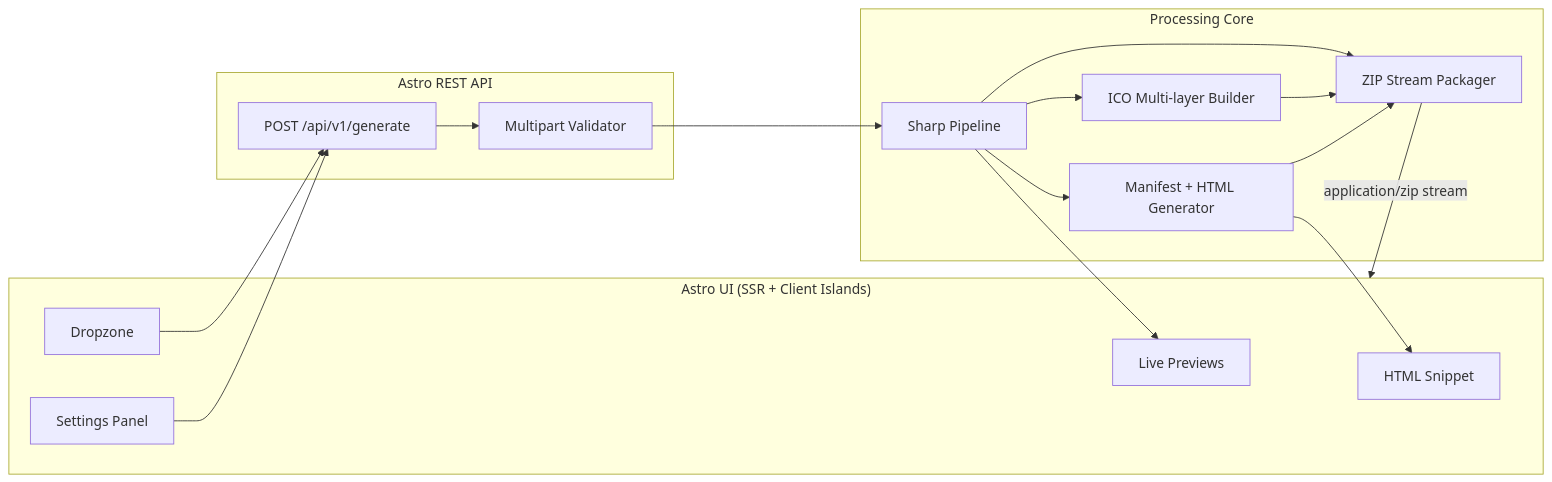
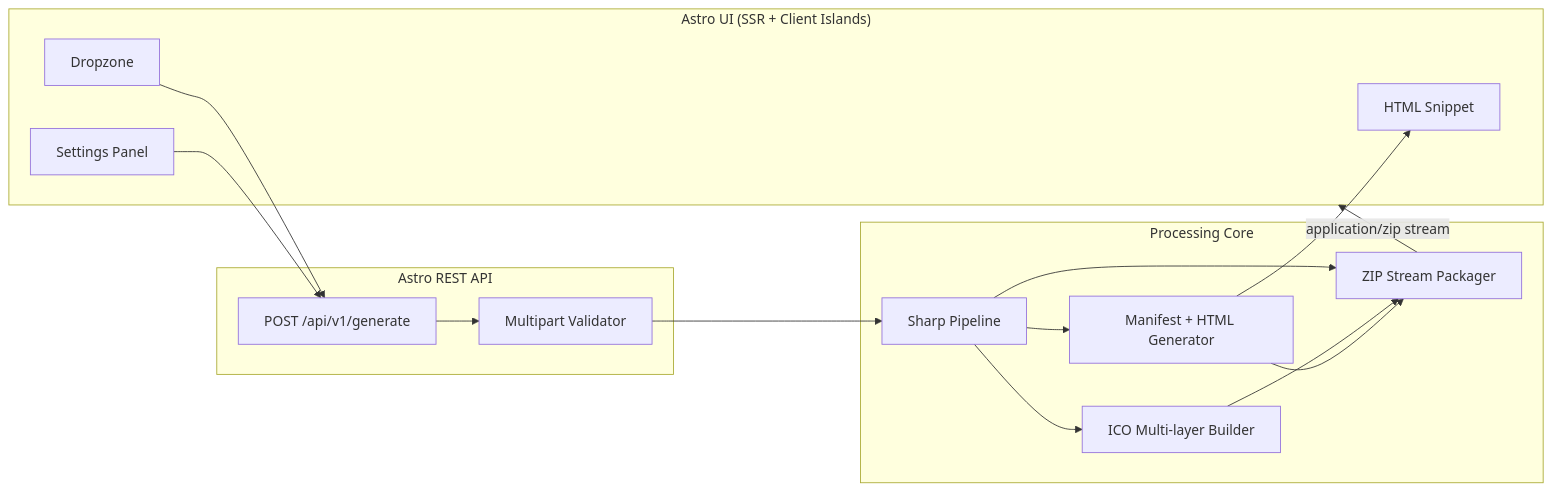
One commit to MaxiGarcia13/iconify changed the diagram in SPEC.md. Above: the diagram before and after it, drawn with Mermaid. The commit also changed other lines of this file and 6 other files, not shown here.

````diff
--- a/SPEC.md
+++ b/SPEC.md
@@ -38,33 +38,31 @@
 ```mermaid
 flowchart LR
   subgraph Client["Astro UI (SSR + Client Islands)"]
     DZ[Dropzone]
     SET[Settings Panel]
-    PV[Live Previews]
     SNIP[HTML Snippet]
   end
 
   subgraph API["Astro REST API"]
     EP["POST /api/v1/generate"]
     VAL[Multipart Validator]
   end
 
   subgraph Core["Processing Core"]
     SH[Sharp Pipeline]
     ICO[ICO Multi-layer Builder]
     MAN[Manifest + HTML Generator]
     ZIP[ZIP Stream Packager]
   end
 
   DZ --> EP
   SET --> EP
   EP --> VAL --> SH
   SH --> ICO
   SH --> MAN
   SH --> ZIP
   ICO --> ZIP
   MAN --> ZIP
   ZIP -->|application/zip stream| Client
   MAN --> SNIP
-  SH --> PV
 ```
````
